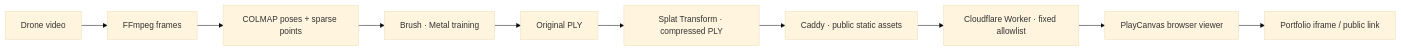
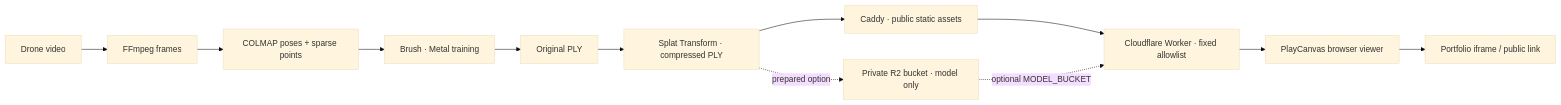
One commit to BlueStylo/drone-gaussian-pipeline changed the diagram in docs/architecture.md. Above: the diagram before and after it, drawn with Mermaid (base theme). The commit also changed other lines of this file and 7 other files, not shown here.

Commit message:
Add optional R2 streaming for the public Gaussian model

````diff
--- a/docs/architecture.md
+++ b/docs/architecture.md
@@ -5,12 +5,14 @@
 ```mermaid
 flowchart LR
   A[Drone video] --> B[FFmpeg frames]
   B --> C[COLMAP poses + sparse points]
   C --> D[Brush · Metal training]
   D --> E[Original PLY]
   E --> F[Splat Transform · compressed PLY]
   F --> G[Caddy · public static assets]
   G --> H[Cloudflare Worker · fixed allowlist]
   H --> I[PlayCanvas browser viewer]
   I --> J[Portfolio iframe / public link]
+  F -. prepared option .-> R[Private R2 bucket · model only]
+  R -. optional MODEL_BUCKET .-> H
 ```
````
